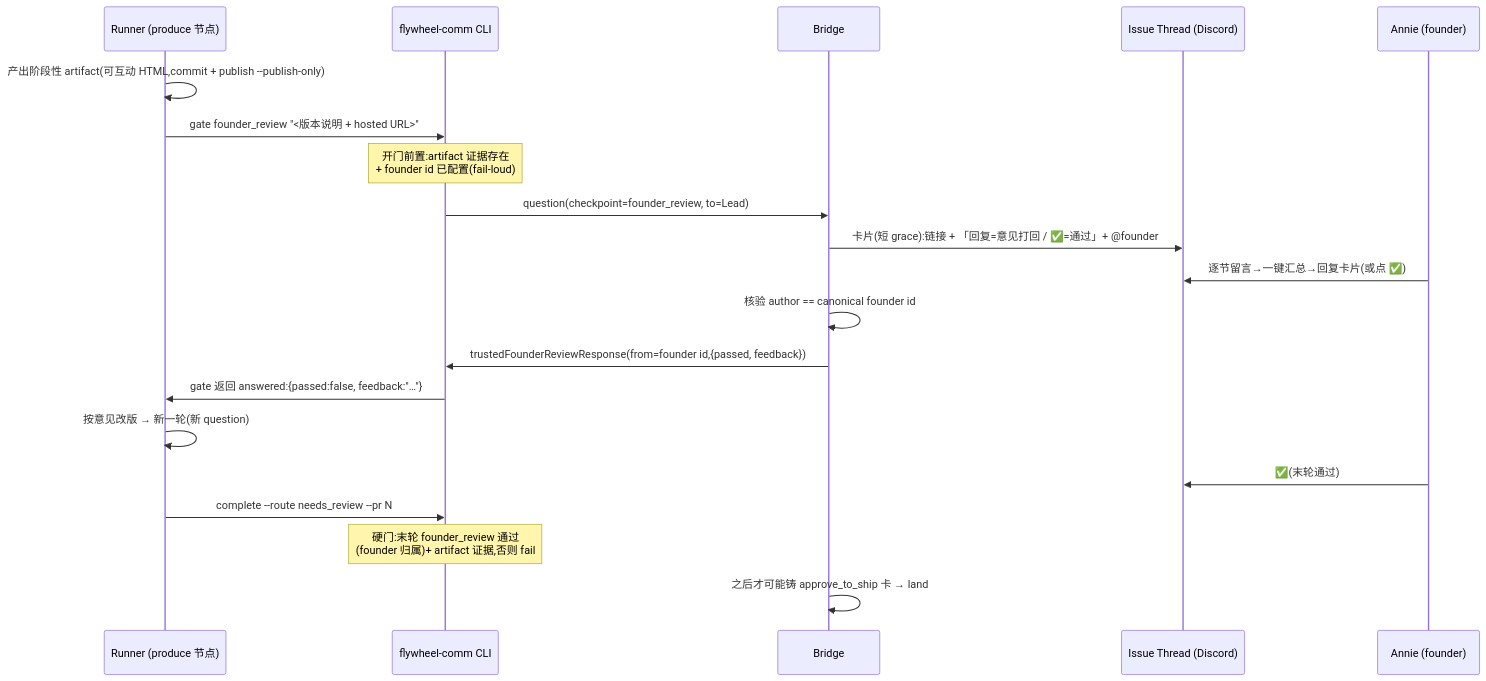
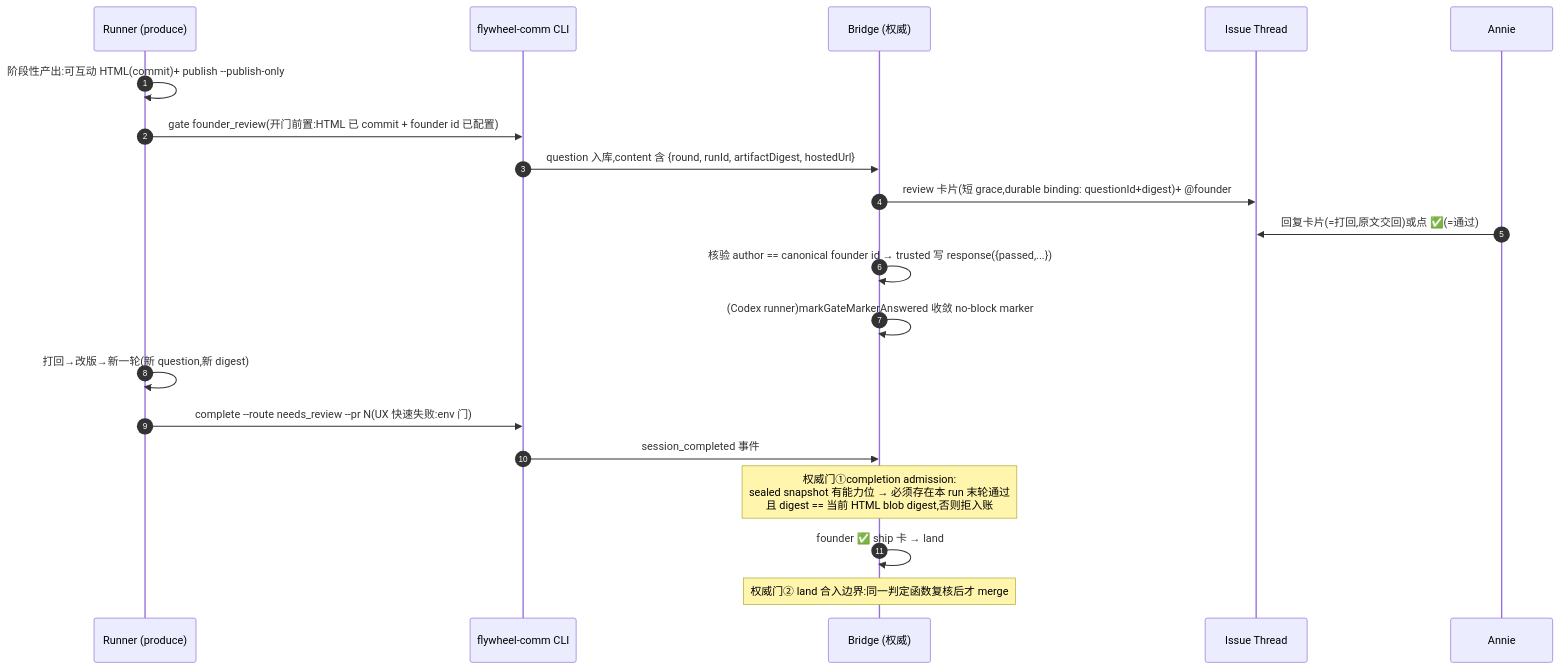
Before and after one commit to xrliAnnie/flywheel-qa-sandbox: the diagram in engineering/doc/FLY-1758-founder-review-checkpoint/plan.md, drawn with Mermaid. The commit also changed other lines of this file, not shown here.

Commit message:
docs(FLY-1758): plan R1 revision — Bridge-side authority, run-scoped + artifact-bound verdict, reaction/binding redesign, capability plumbing

````diff
--- a/engineering/doc/FLY-1758-founder-review-checkpoint/plan.md
+++ b/engineering/doc/FLY-1758-founder-review-checkpoint/plan.md
@@ -30,23 +30,23 @@
 ```mermaid
 sequenceDiagram
-    participant R as Runner (produce 节点)
+    autonumber
+    participant R as Runner (produce)
     participant C as flywheel-comm CLI
-    participant B as Bridge
-    participant T as Issue Thread (Discord)
-    participant A as Annie (founder)
+    participant B as Bridge (权威)
+    participant T as Issue Thread
+    participant A as Annie
 
-    R->>R: 产出阶段性 artifact(可互动 HTML,commit + publish --publish-only)
-    R->>C: gate founder_review "<版本说明 + hosted URL>"
-    Note over C: 开门前置:artifact 证据存在<br/>+ founder id 已配置(fail-loud)
-    C->>B: question(checkpoint=founder_review, to=Lead)
-    B->>T: 卡片(短 grace):链接 + 「回复=意见打回 / ✅=通过」+ @founder
-    A->>T: 逐节留言→一键汇总→回复卡片(或点 ✅)
-    B->>B: 核验 author == canonical founder id
-    B->>C: trustedFounderReviewResponse(from=founder id,{passed, feedback})
-    C->>R: gate 返回 answered:{passed:false, feedback:"…"}
-    R->>R: 按意见改版 → 新一轮(新 question)
-    A->>T: ✅(末轮通过)
-    R->>C: complete --route needs_review --pr N
-    Note over C: 硬门:末轮 founder_review 通过<br/>(founder 归属)+ artifact 证据,否则 fail
-    B->>B: 之后才可能铸 approve_to_ship 卡 → land
+    R->>R: 阶段性产出:可互动 HTML(commit)+ publish --publish-only
+    R->>C: gate founder_review(开门前置:HTML 已 commit + founder id 已配置)
+    C->>B: question 入库,content 含 {round, runId, artifactDigest, hostedUrl}
+    B->>T: review 卡片(短 grace,durable binding: questionId+digest)+ @founder
+    A->>T: 回复卡片(=打回,原文交回)或点 ✅(=通过)
+    B->>B: 核验 author == canonical founder id → trusted 写 response({passed,...})
+    B->>B: (Codex runner)markGateMarkerAnswered 收敛 no-block marker
+    R->>R: 打回→改版→新一轮(新 question,新 digest)
+    R->>C: complete --route needs_review --pr N(UX 快速失败:env 门)
+    C->>B: session_completed 事件
+    Note over B: 权威门①completion admission:<br/>sealed snapshot 有能力位 → 必须存在本 run 末轮通过<br/>且 digest == 当前 HTML blob digest,否则拒入账
+    B->>B: founder ✅ ship 卡 → land
+    Note over B: 权威门② land 合入边界:同一判定函数复核后才 merge
 ```
````
